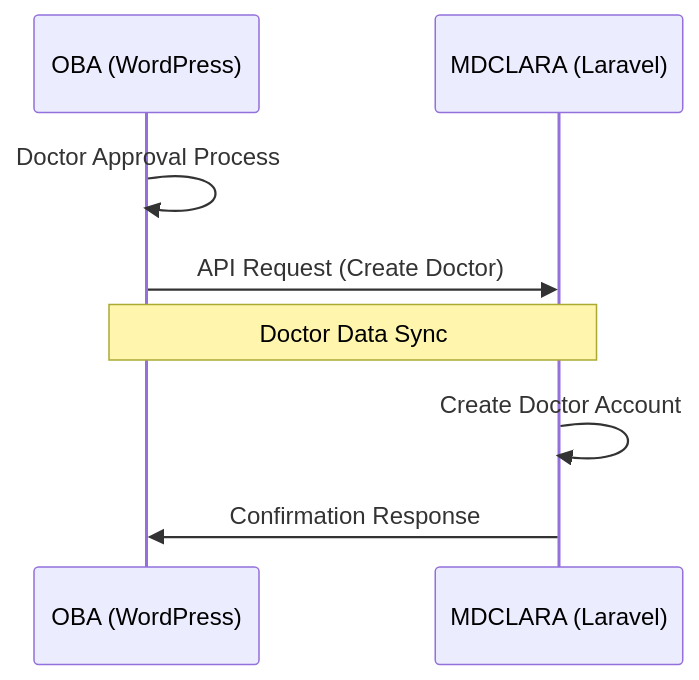
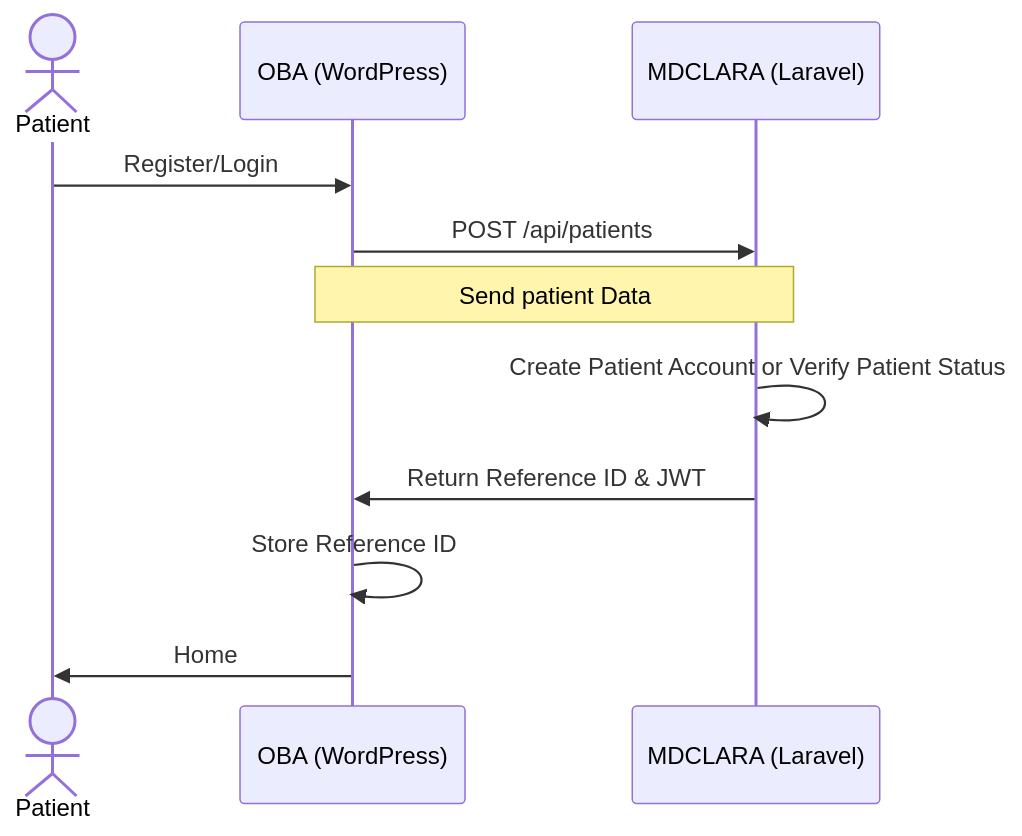
The second of 5 diagrams in simple.md (MOHAMEDHESMAM8/obahealthclub), drawn with Mermaid before and after one commit. The commit also changed other lines of this file and 4 other files, not shown here.

````diff
--- a/simple.md
+++ b/simple.md
@@ -40,11 +47,14 @@
 ```mermaid
 sequenceDiagram
+    actor Patient
     participant OBA as OBA (WordPress)
     participant MDCLARA as MDCLARA (Laravel)
-    
-    OBA->>OBA: Doctor Approval Process
-    OBA->>MDCLARA: API Request (Create Doctor)
-    Note over OBA,MDCLARA: Doctor Data Sync
-    MDCLARA->>MDCLARA: Create Doctor Account
-    MDCLARA->>OBA: Confirmation Response
+    Patient->>OBA: Register/Login
+    OBA->>MDCLARA: POST /api/patients
+    Note over OBA,MDCLARA: Send patient Data
+    MDCLARA->>MDCLARA: Create Patient Account or Verify Patient Status 
+    MDCLARA->>OBA: Return Reference ID & JWT
+    OBA->>OBA: Store Reference ID
+    OBA->>Patient: Home
+
 ```
````
